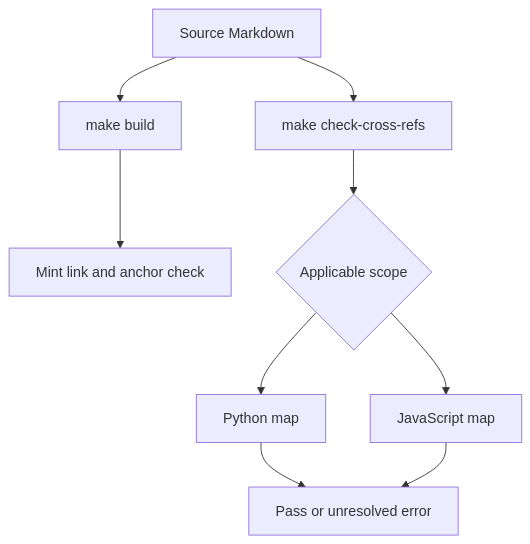
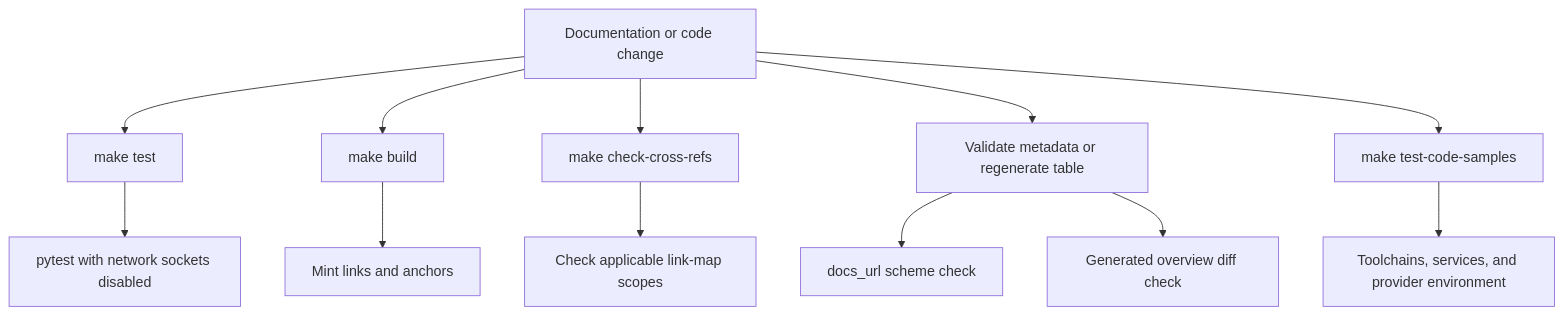
The diagram in openwiki/testing/test-overview.md (langchain-ai/docs), drawn with Mermaid before and after one commit. The commit also changed other lines of this file and 43 other files, not shown here.

````diff
--- a/openwiki/testing/test-overview.md
+++ b/openwiki/testing/test-overview.md
@@ -87,11 +63,14 @@
 ```mermaid
 flowchart TD
-  Source["Source Markdown"] --> Build["make build"]
-  Build --> Mint["Mint link and anchor check"]
-  Source --> Refs["make check-cross-refs"]
-  Refs --> Scope{"Applicable scope"}
-  Scope --> Py["Python map"]
-  Scope --> Js["JavaScript map"]
-  Py --> Result["Pass or unresolved error"]
-  Js --> Result
+  Change["Documentation or code change"] --> Unit["make test"]
+  Unit --> Isolated["pytest with network sockets disabled"]
+  Change --> Docs["make build"]
+  Docs --> Mint["Mint links and anchors"]
+  Change --> References["make check-cross-refs"]
+  References --> Maps["Check applicable link-map scopes"]
+  Change --> Metadata["Validate metadata or regenerate table"]
+  Metadata --> SafeURL["docs_url scheme check"]
+  Metadata --> Generated["Generated overview diff check"]
+  Change --> Samples["make test-code-samples"]
+  Samples --> Live["Toolchains, services, and provider environment"]
 ```
````
